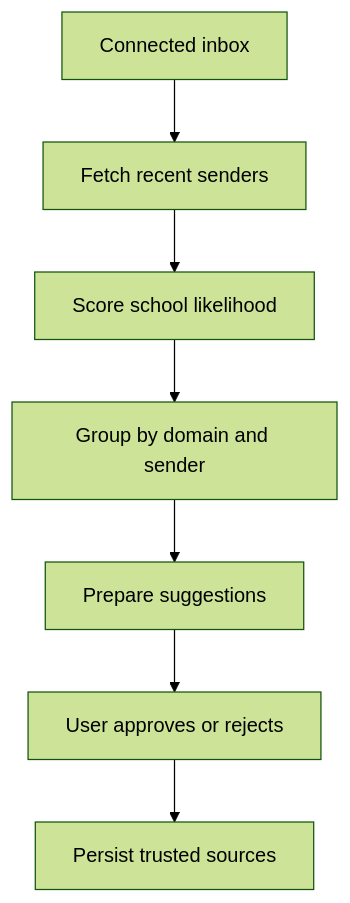
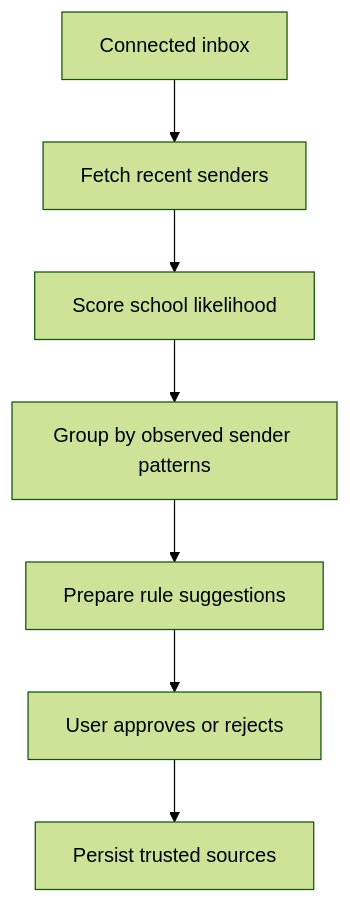
The second of 3 diagrams in docs/langgraph-workflows.md (kid-scheduler/school-email-assistant), drawn with Mermaid (forest theme) before and after one commit. The commit also changed other lines of this file and 13 other files, not shown here.

````diff
--- a/docs/langgraph-workflows.md
+++ b/docs/langgraph-workflows.md
@@ -146,9 +150,9 @@
 ```mermaid
 flowchart TD
   A["Connected inbox"] --> B["Fetch recent senders"]
   B --> C["Score school likelihood"]
-  C --> D["Group by domain and sender"]
-  D --> E["Prepare suggestions"]
+  C --> D["Group by observed sender patterns"]
+  D --> E["Prepare rule suggestions"]
   E --> F["User approves or rejects"]
   F --> G["Persist trusted sources"]
 ```
````
